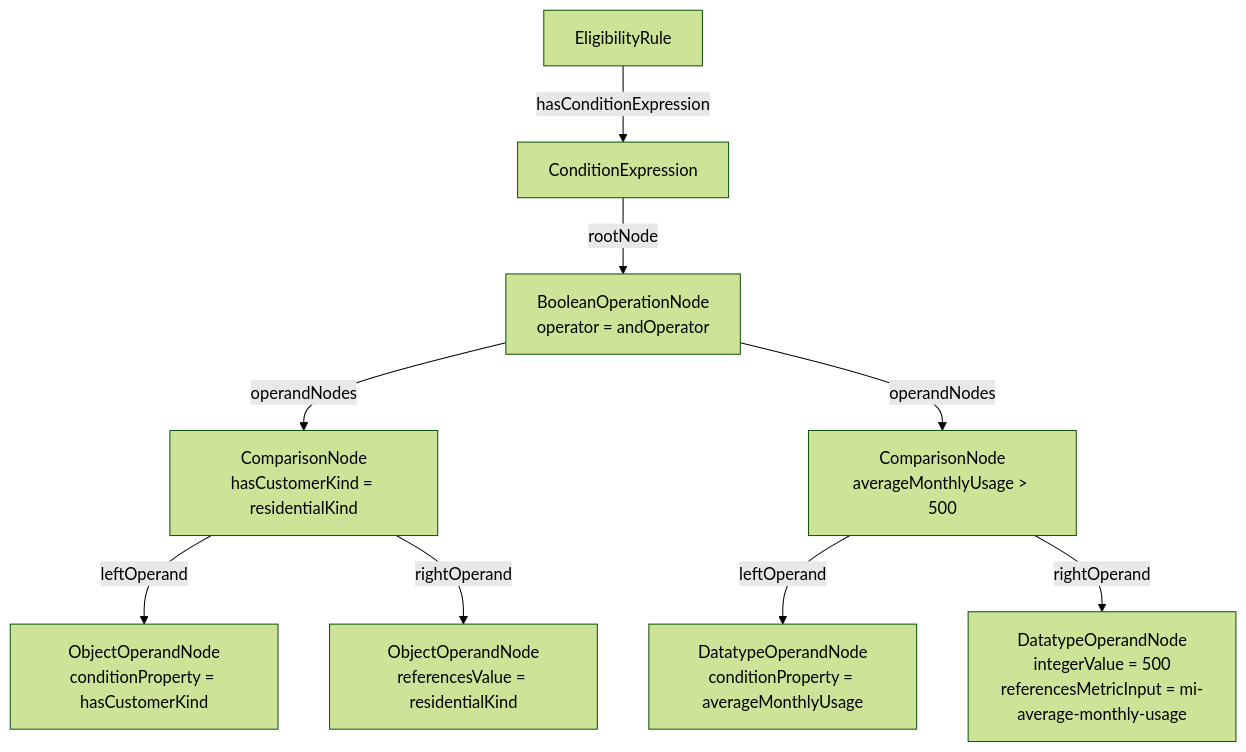
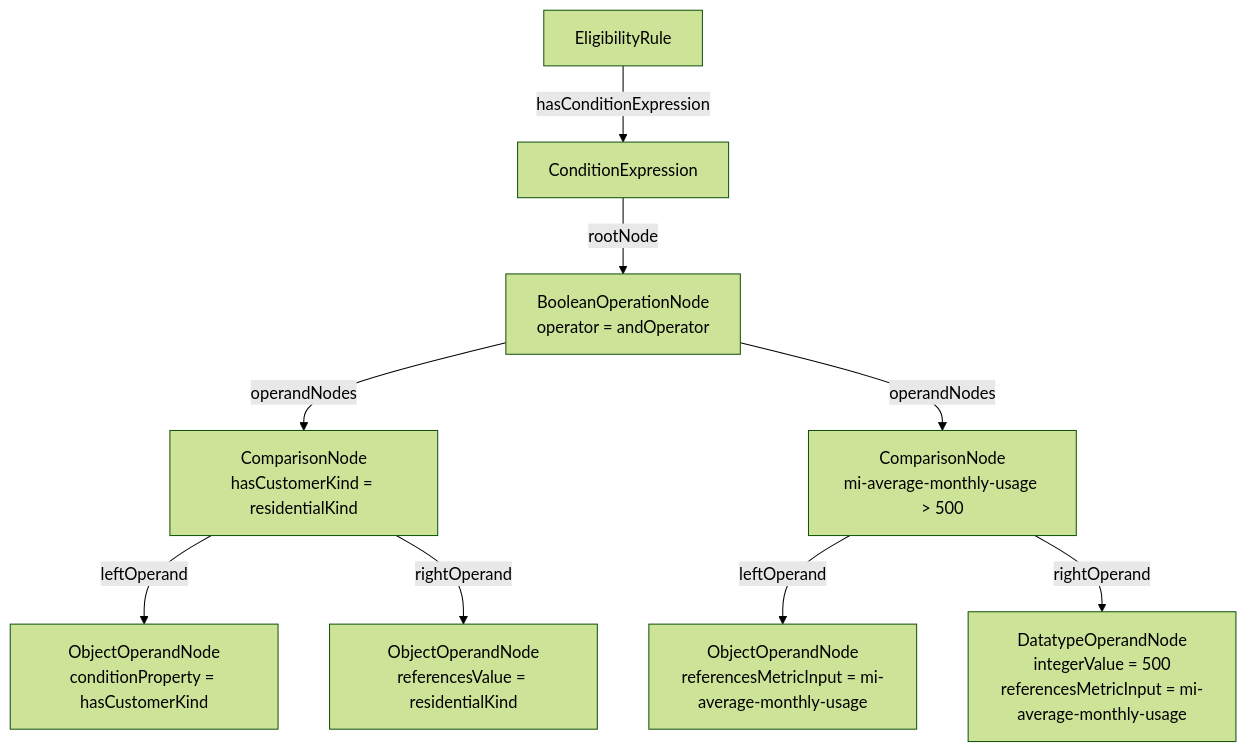
The diagram in documentation/pages/urpx-condition-modeling.md (urpx-org/urpx), drawn with Mermaid (forest theme) before and after one commit. The commit also changed other lines of this file and 12 other files, not shown here.

````diff
--- a/documentation/pages/urpx-condition-modeling.md
+++ b/documentation/pages/urpx-condition-modeling.md
@@ -703,21 +692,21 @@
 ```mermaid
 graph TD
     ER["EligibilityRule"]
     CE["ConditionExpression"]
     ROOT["BooleanOperationNode<br/>operator = andOperator"]
     C1["ComparisonNode<br/>hasCustomerKind = residentialKind"]
-    C2["ComparisonNode<br/>averageMonthlyUsage > 500"]
+    C2["ComparisonNode<br/>mi-average-monthly-usage > 500"]
     C1L["ObjectOperandNode<br/>conditionProperty = hasCustomerKind"]
     C1R["ObjectOperandNode<br/>referencesValue = residentialKind"]
-    C2L["DatatypeOperandNode<br/>conditionProperty = averageMonthlyUsage"]
+    C2L["ObjectOperandNode<br/>referencesMetricInput = mi-average-monthly-usage"]
     C2R["DatatypeOperandNode<br/>integerValue = 500<br/>referencesMetricInput = mi-average-monthly-usage"]
 
     ER -- "hasConditionExpression" --> CE
     CE -- "rootNode" --> ROOT
     ROOT -- "operandNodes" --> C1
     ROOT -- "operandNodes" --> C2
     C1 -- "leftOperand" --> C1L
     C1 -- "rightOperand" --> C1R
     C2 -- "leftOperand" --> C2L
     C2 -- "rightOperand" --> C2R
 ```
````
